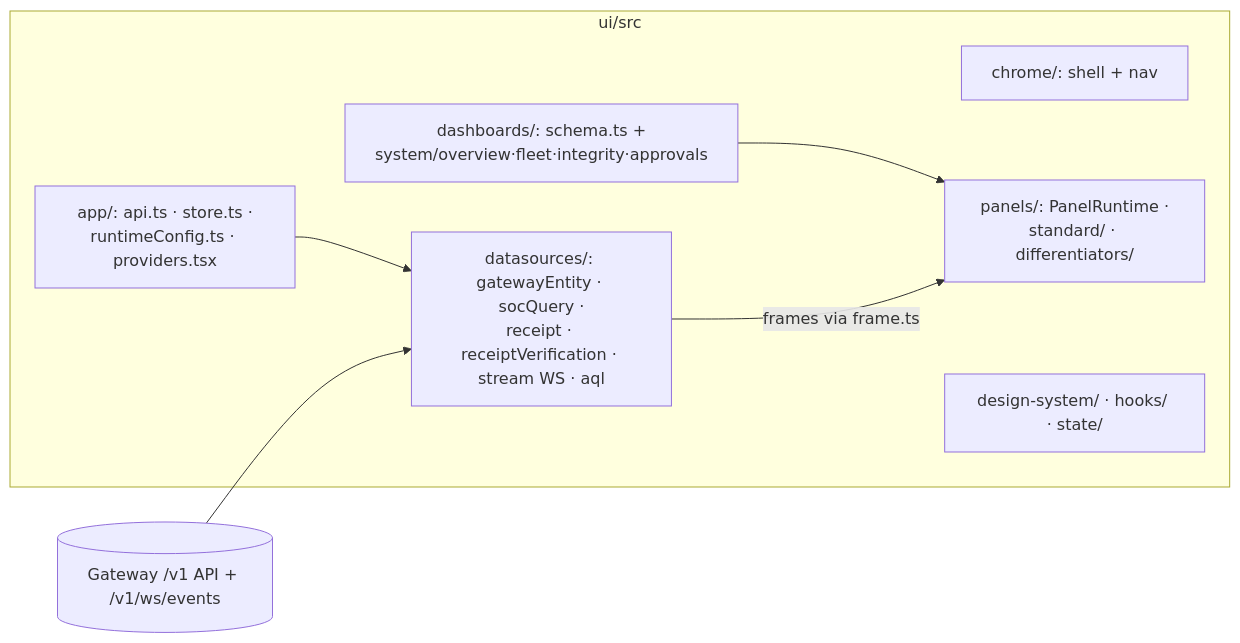
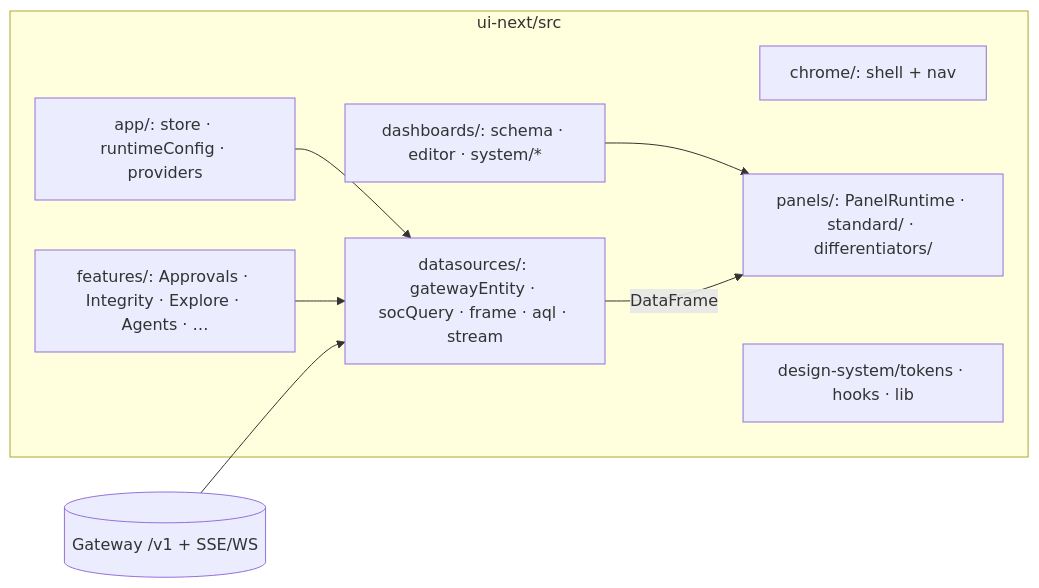
Before and after one commit to lavkushry/AegisAgent: the diagram in docs/components/Console_UI.md, drawn with Mermaid. The commit also changed other lines of this file and 4 other files, not shown here.

First line of the commit message:
docs: document complete ui-next panel suite and system boards

````diff
--- a/docs/components/Console_UI.md
+++ b/docs/components/Console_UI.md
@@ -11,15 +11,17 @@
 ```mermaid
 flowchart LR
-    subgraph ui[ui/src]
-        APP[app/: api.ts · store.ts ·<br/>runtimeConfig.ts · providers.tsx]
+    subgraph ui[ui-next/src]
+        APP[app/: store · runtimeConfig · providers]
         CHROME[chrome/: shell + nav]
-        DASH[dashboards/: schema.ts +<br/>system/overview·fleet·integrity·approvals]
-        DS[datasources/: gatewayEntity · socQuery ·<br/>receipt · receiptVerification · stream WS · aql]
-        PAN[panels/: PanelRuntime ·<br/>standard/ · differentiators/]
-        DSN[design-system/ · hooks/ · state/]
+        DASH[dashboards/: schema · editor · system/*]
+        DS[datasources/: gatewayEntity · socQuery · frame · aql · stream]
+        PAN[panels/: PanelRuntime · standard/ · differentiators/]
+        FEAT[features/: Approvals · Integrity · Explore · Agents · …]
+        DSGN[design-system/tokens · hooks · lib]
     end
     DASH --> PAN
-    DS -->|frames via frame.ts| PAN
+    DS -->|DataFrame| PAN
     APP --> DS
-    GW[(Gateway /v1 API + /v1/ws/events)] --> DS
+    FEAT --> DS
+    GW[(Gateway /v1 + SSE/WS)] --> DS
 ```
````
